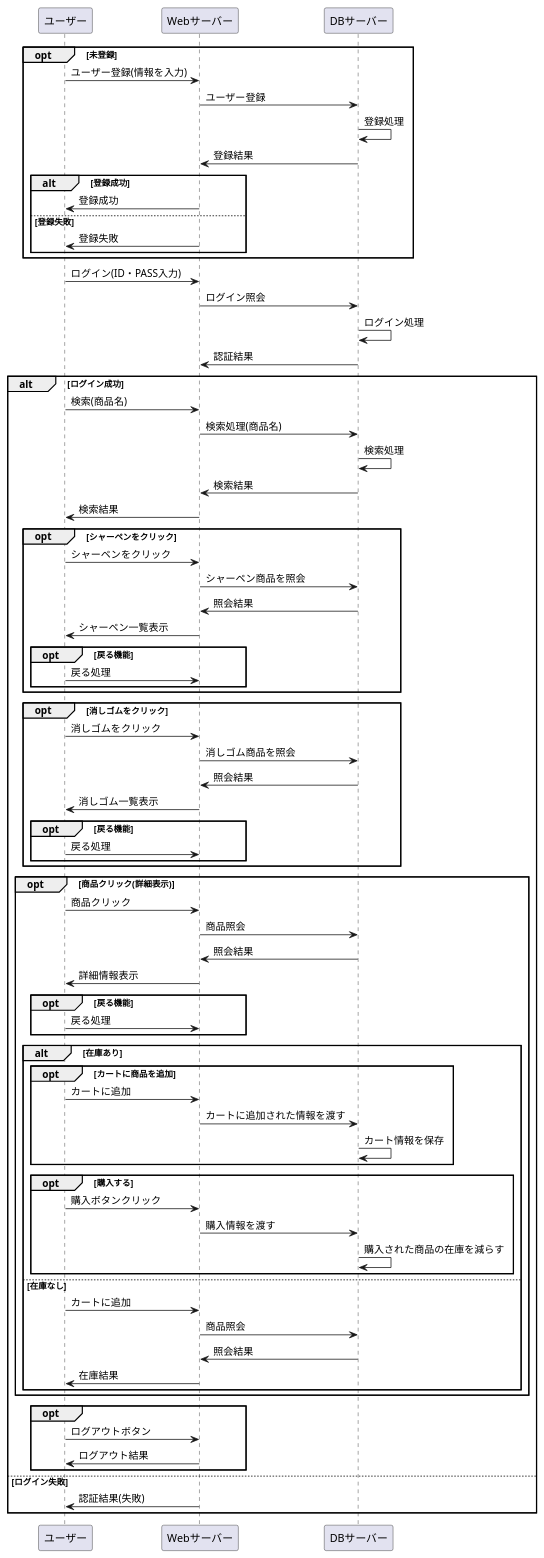
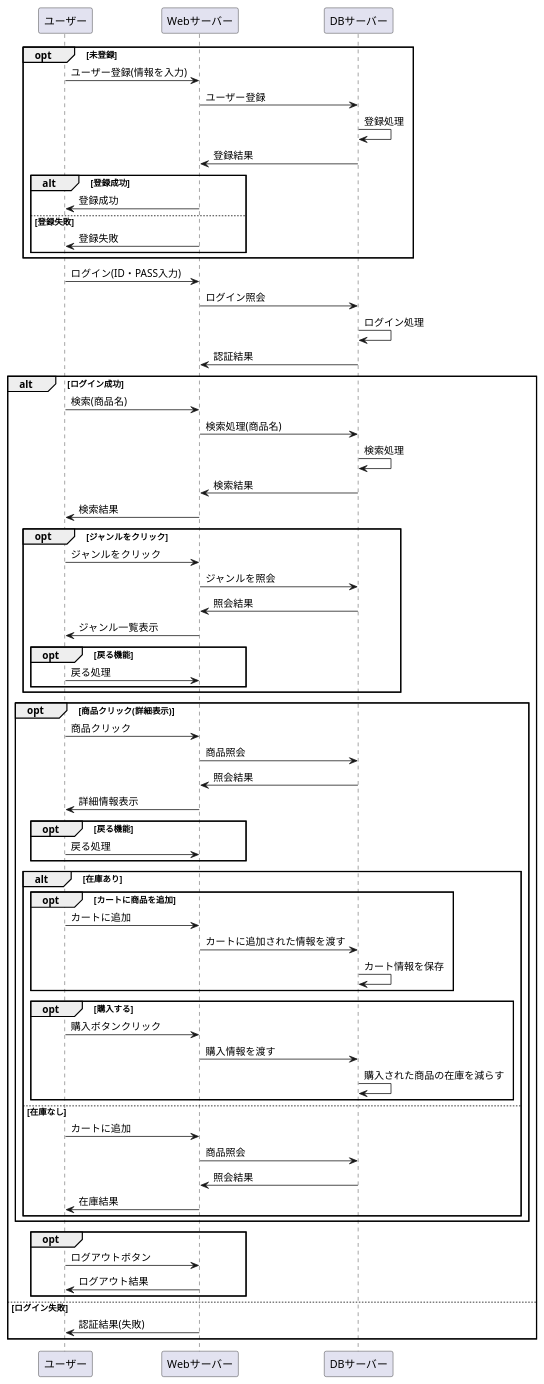
Before and after one commit to Aso2001184/2021sys-design: the diagram in あの消し.業務フロー.md, drawn with PlantUML.

```diff
--- a/あの消し.業務フロー.md
+++ b/あの消し.業務フロー.md
@@ -26,24 +26,12 @@
 DBサーバー -> Webサーバー : 検索結果
 Webサーバー -> ユーザー : 検索結果
 
-opt シャーペンをクリック
+opt ジャンルをクリック
 
-ユーザー -> Webサーバー : シャーペンをクリック
-Webサーバー -> DBサーバー : シャーペン商品を照会
+ユーザー -> Webサーバー : ジャンルをクリック
+Webサーバー -> DBサーバー : ジャンルを照会
 DBサーバー -> Webサーバー : 照会結果
-Webサーバー -> ユーザー : シャーペン一覧表示
-
-opt 戻る機能
-ユーザー -> Webサーバー : 戻る処理
-end
-end 
-
-opt 消しゴムをクリック
-
-ユーザー -> Webサーバー : 消しゴムをクリック
-Webサーバー -> DBサーバー : 消しゴム商品を照会
-DBサーバー -> Webサーバー : 照会結果
-Webサーバー -> ユーザー : 消しゴム一覧表示
+Webサーバー -> ユーザー : ジャンル一覧表示
 
 opt 戻る機能
 ユーザー -> Webサーバー : 戻る処理
```
